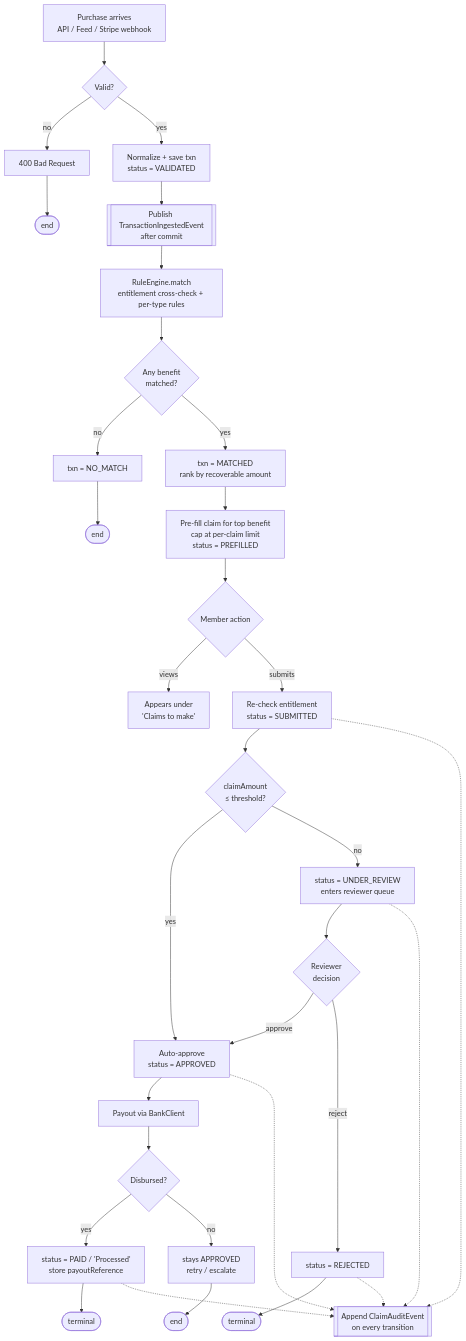
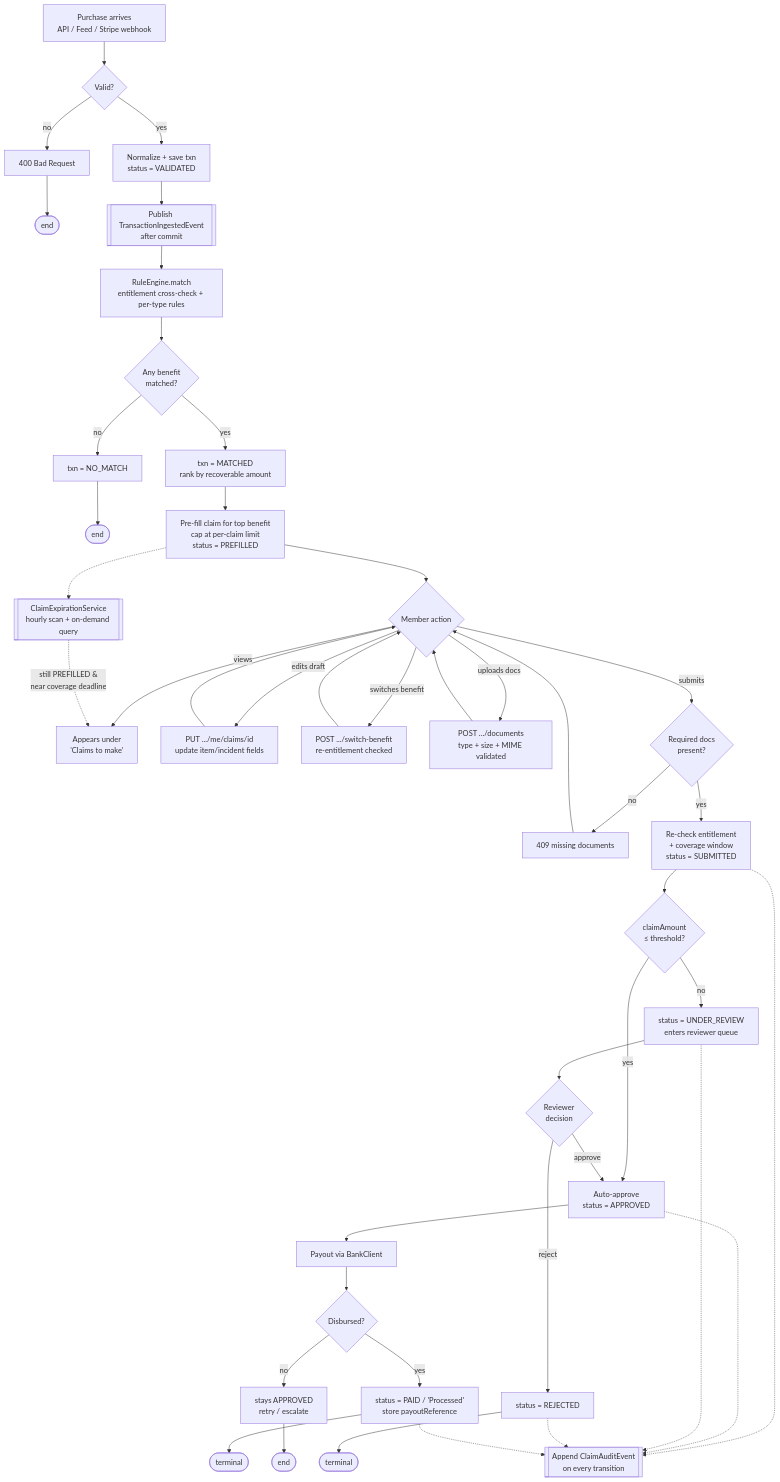
Before and after one commit to Pravesh165/Benovra-Project: the first of 3 diagrams in README.md, drawn with Mermaid. The commit also changed other lines of this file, not shown here.

````diff
--- a/README.md
+++ b/README.md
@@ -76,36 +85,47 @@
 ```mermaid
 flowchart TD
     A[Purchase arrives<br/>API / Feed / Stripe webhook] --> B{Valid?}
     B -->|no| BX[400 Bad Request] --> Z1([end])
     B -->|yes| C[Normalize + save txn<br/>status = VALIDATED]
     C --> D[[Publish TransactionIngestedEvent<br/>after commit]]
 
     D --> E[RuleEngine.match<br/>entitlement cross-check + per-type rules]
     E --> F{Any benefit<br/>matched?}
     F -->|no| G[txn = NO_MATCH] --> Z2([end])
     F -->|yes| H[txn = MATCHED<br/>rank by recoverable amount]
     H --> I[Pre-fill claim for top benefit<br/>cap at per-claim limit<br/>status = PREFILLED]
 
     I --> J{Member action}
     J -->|views| K[Appears under<br/>'Claims to make']
-    J -->|submits| L[Re-check entitlement<br/>status = SUBMITTED]
+    J -->|edits draft| K2[PUT .../me/claims/id<br/>update item/incident fields]
+    J -->|switches benefit| K3[POST .../switch-benefit<br/>re-entitlement checked]
+    J -->|uploads docs| K4[POST .../documents<br/>type + size + MIME validated]
+    K2 --> J
+    K3 --> J
+    K4 --> J
+    J -->|submits| L{Required docs<br/>present?}
+    L -->|no| LX[409 missing documents] --> J
+    L -->|yes| L2[Re-check entitlement<br/>+ coverage window<br/>status = SUBMITTED]
 
-    L --> M{claimAmount<br/>&le; threshold?}
+    L2 --> M{claimAmount<br/>&le; threshold?}
     M -->|yes| N[Auto-approve<br/>status = APPROVED]
     M -->|no| O[status = UNDER_REVIEW<br/>enters reviewer queue]
 
     O --> P{Reviewer<br/>decision}
     P -->|approve| N
     P -->|reject| Q[status = REJECTED] --> Z3([terminal])
 
     N --> R[Payout via BankClient]
     R --> S{Disbursed?}
     S -->|yes| T[status = PAID / 'Processed'<br/>store payoutReference] --> Z4([terminal])
     S -->|no| O2[stays APPROVED<br/>retry / escalate] --> Z5([end])
 
-    L -.-> AUD[[Append ClaimAuditEvent<br/>on every transition]]
+    L2 -.-> AUD[[Append ClaimAuditEvent<br/>on every transition]]
     N -.-> AUD
     O -.-> AUD
     Q -.-> AUD
     T -.-> AUD
+
+    I -.-> EXP[[ClaimExpirationService<br/>hourly scan + on-demand query]]
+    EXP -.->|still PREFILLED &<br/>near coverage deadline| K
 ```
````
